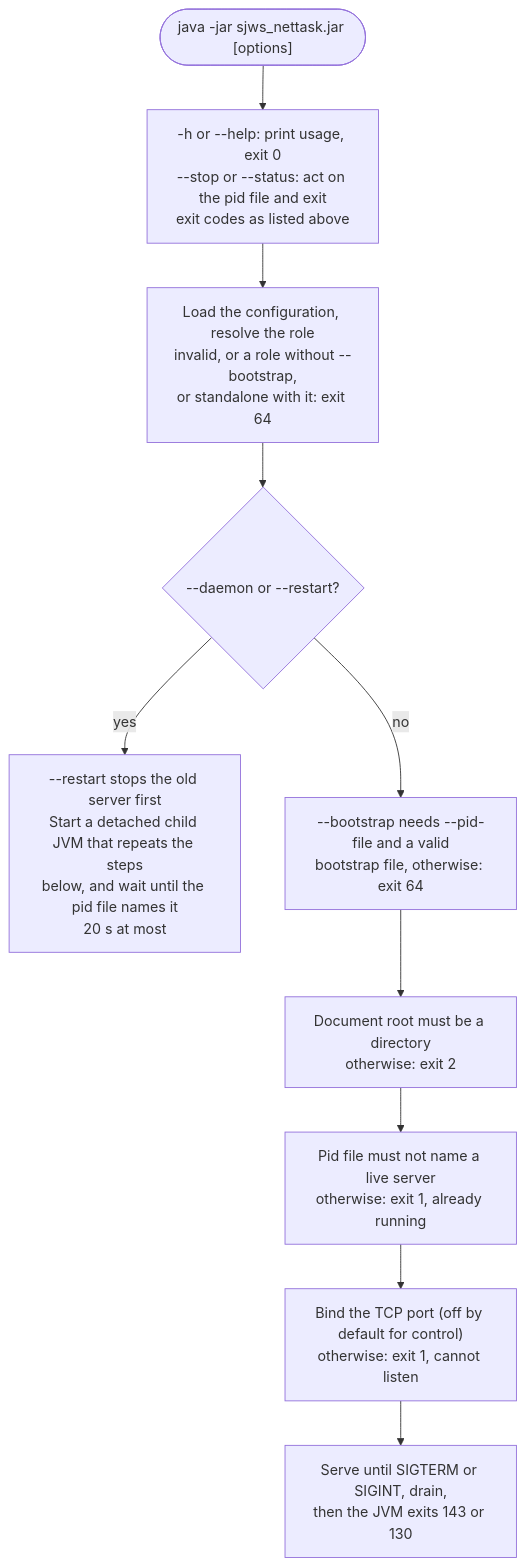
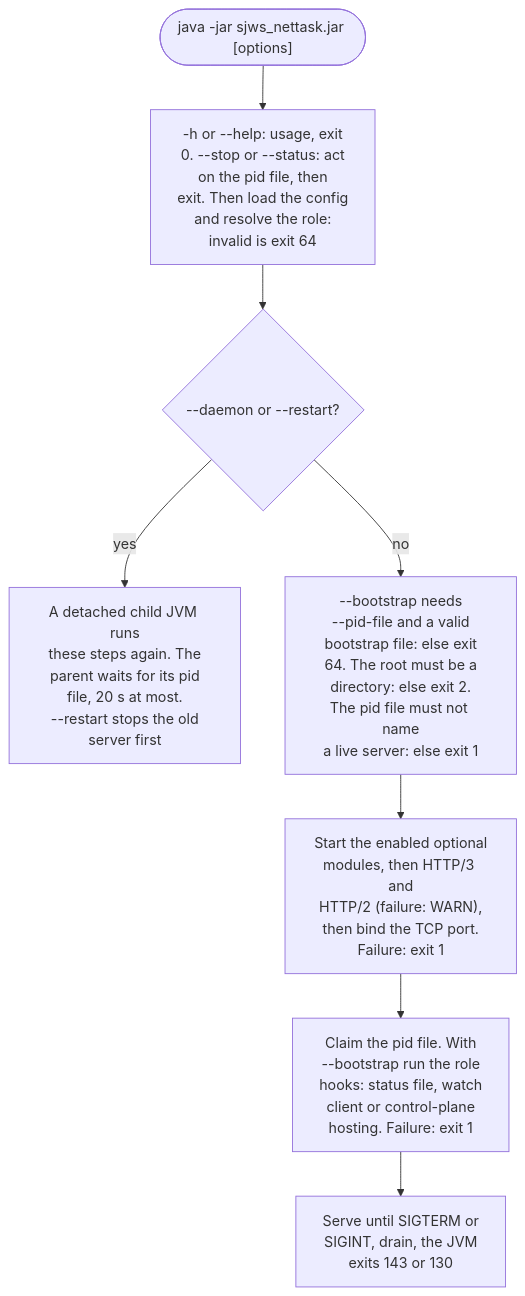
One commit to BlivionIaG/sjws_nettask changed the diagram in docs/user/command-line.md. Above: the diagram before and after it, drawn with Mermaid. The commit also changed other lines of this file and 4 other files, not shown here.

First line of the commit message:
docs: reload, startup, daemon and console diagrams follow the code

````diff
--- a/docs/user/command-line.md
+++ b/docs/user/command-line.md
@@ -61,12 +61,10 @@
 ```mermaid
 flowchart TD
-    s(["java -jar sjws_nettask.jar [options]"]) --> a["-h or --help: print usage, exit 0<br/>--stop or --status: act on the pid file and exit<br/>exit codes as listed above"]
-    a --> c["Load the configuration, resolve the role<br/>invalid, or a role without --bootstrap,<br/>or standalone with it: exit 64"]
-    c --> d{"--daemon or --restart?"}
-    d -->|yes| e["--restart stops the old server first<br/>Start a detached child JVM that repeats the steps<br/>below, and wait until the pid file names it<br/>20 s at most"]
-    d -->|no| bs["--bootstrap needs --pid-file and a valid<br/>bootstrap file, otherwise: exit 64"]
-    bs --> f["Document root must be a directory<br/>otherwise: exit 2"]
-    f --> g["Pid file must not name a live server<br/>otherwise: exit 1, already running"]
-    g --> h["Bind the TCP port (off by default for control)<br/>otherwise: exit 1, cannot listen"]
-    h --> i["Serve until SIGTERM or SIGINT, drain,<br/>then the JVM exits 143 or 130"]
+    s(["java -jar sjws_nettask.jar [options]"]) --> a["-h or --help: usage, exit<br/>0. --stop or --status: act<br/>on the pid file, then<br/>exit. Then load the config<br/>and resolve the role:<br/>invalid is exit 64"]
+    a --> d{"--daemon or --restart?"}
+    d -->|yes| e["A detached child JVM runs<br/>these steps again. The<br/>parent waits for its pid<br/>file, 20 s at most.<br/>--restart stops the old<br/>server first"]
+    d -->|no| bs["--bootstrap needs<br/>--pid-file and a valid<br/>bootstrap file: else exit<br/>64. The root must be a<br/>directory: else exit 2.<br/>The pid file must not name<br/>a live server: else exit 1"]
+    bs --> m["Start the enabled optional<br/>modules, then HTTP/3 and<br/>HTTP/2 (failure: WARN),<br/>then bind the TCP port.<br/>Failure: exit 1"]
+    m --> hk["Claim the pid file. With<br/>--bootstrap run the role<br/>hooks: status file, watch<br/>client or control-plane<br/>hosting. Failure: exit 1"]
+    hk --> i["Serve until SIGTERM or<br/>SIGINT, drain, the JVM<br/>exits 143 or 130"]
 ```
````
